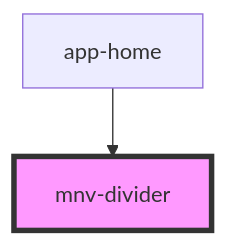
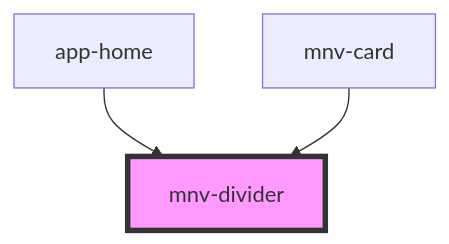
Before and after one commit to rafaela-vairo/ufrj-sustainable: the diagram in src/components/typography/mnv-divider/readme.md, drawn with Mermaid. The commit also changed other lines of this file and 25 other files, not shown here.

````diff
--- a/src/components/typography/mnv-divider/readme.md
+++ b/src/components/typography/mnv-divider/readme.md
@@ -15,5 +16,6 @@
 ```mermaid
 graph TD;
   app-home --> mnv-divider
+  mnv-card --> mnv-divider
   style mnv-divider fill:#f9f,stroke:#333,stroke-width:4px
 ```
````
